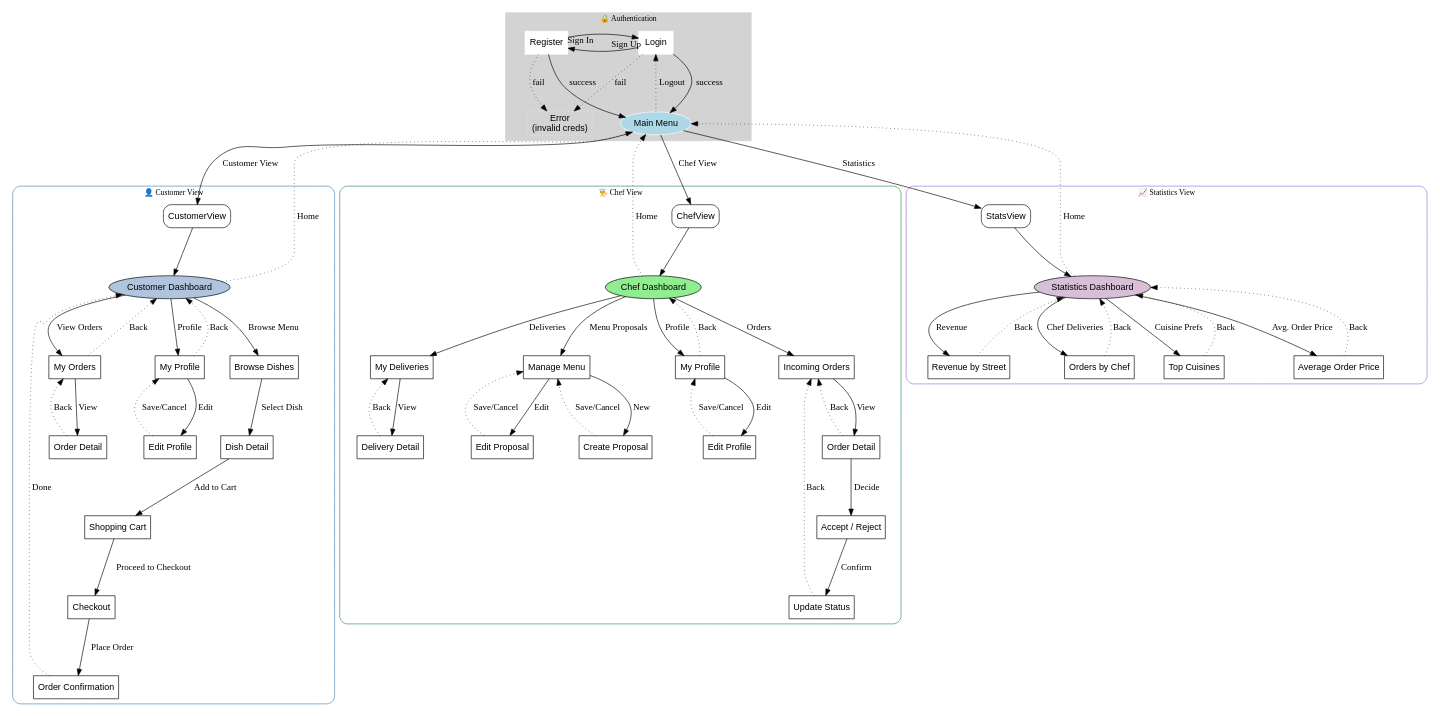
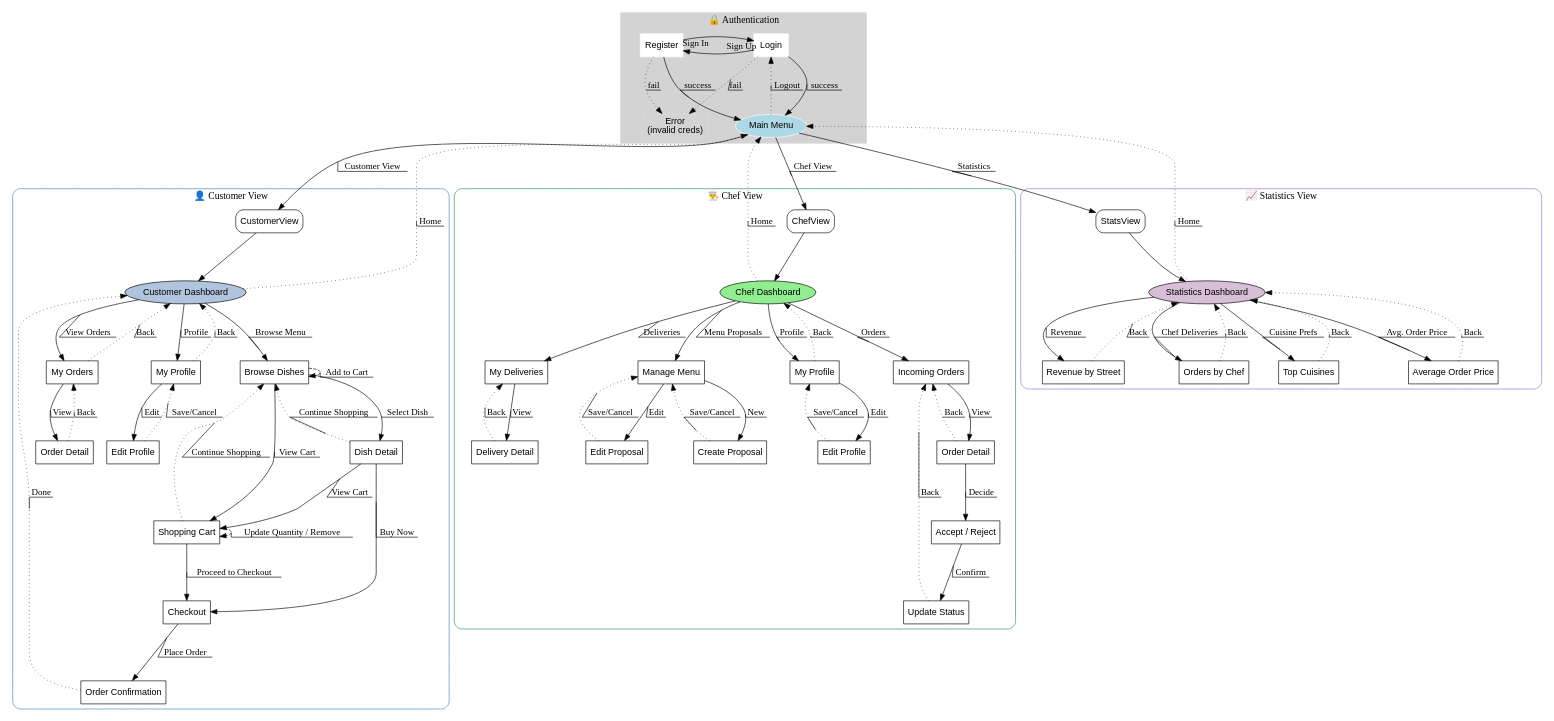
The diagram in docs/LivInParisFrontEndArchi.dot (aust-1/LivInParis), drawn with Graphviz before and after one commit.

Commit message:
⚡ archi frontend

```diff
--- a/docs/LivInParisFrontEndArchi.dot
+++ b/docs/LivInParisFrontEndArchi.dot
@@ -1,132 +1,149 @@
 digraph LivInParisFrontend {
-    graph [fontsize=12];
+    graph [fontsize=15];
     node [shape=box, style=rounded, fontname="Arial"];
-    edge [minlen=2];
- 
-    /* --- AUTHENTICATION CLUSTER --- */ 
-    subgraph cluster_auth { 
+    edge [minlen=2, decorate=true];
+
+    /* --- AUTHENTICATION CLUSTER --- */
+    subgraph cluster_auth {
         label="🔒 Authentication";
         style=filled;color=lightgrey;node [style=filled,color=white];
-        Login [label="Login"];
-        Register [label="Register"];
-        MainMenu [shape=ellipse, style=filled, fillcolor=lightblue, label="Main Menu"];
-        ErrorPage [label="Error\n(invalid creds)", style="dotted"];
-        Login -> MainMenu [label="success"];
-        Login -> ErrorPage [label="fail", style=dotted];
-        Login -> Register [taillabel="Sign Up", constraint=false, labeldistance=2];
-        Register -> MainMenu [label="success"];
-        Register -> ErrorPage [label="fail", style=dotted];
-        Register -> Login [taillabel="Sign In", constraint=false, labeldistance=2];
+        Login       [label="Login"];
+        Register    [label="Register"];
+        MainMenu    [shape=ellipse, style=filled, fillcolor=lightblue, label="Main Menu"];
+        ErrorPage   [label="Error\n(invalid creds)", style="dotted"];
+
+        Login -> MainMenu      [label="success"];
+        Login -> ErrorPage     [label="fail", style=dotted];
+        Login -> Register      [taillabel="Sign Up", constraint=false, labeldistance=2];
+        Register -> MainMenu   [label="success"];
+        Register -> ErrorPage  [label="fail", style=dotted];
+        Register -> Login      [taillabel="Sign In", constraint=false, labeldistance=2];
     }
- 
-    /* --- MAIN MENU --- */ 
-    MainMenu -> CustomerView [label="Customer View"];
-    MainMenu -> ChefView [label="Chef View"];
-    MainMenu -> StatsView [label="Statistics"];
-    MainMenu -> Login [label="Logout", style="dotted"];
- 
-    /* --- CUSTOMER VIEW CLUSTER --- */ 
-    subgraph cluster_customer { 
+
+    /* --- MAIN MENU --- */
+    MainMenu -> CustomerView    [label="Customer View"];
+    MainMenu -> ChefView        [label="Chef View"];
+    MainMenu -> StatsView       [label="Statistics"];
+    MainMenu -> Login           [label="Logout", style="dotted"];
+
+    /* --- CUSTOMER VIEW CLUSTER --- */
+    subgraph cluster_customer {
         label="👤 Customer View";
         style=rounded;color=steelblue;node [style=filled,fillcolor=white];
-    
-        CustomerDashboard [shape=ellipse, style=filled, fillcolor=lightsteelblue, label="Customer Dashboard"];
-        BrowseDishes [label="Browse Dishes"];
-        DishDetail [label="Dish Detail"];
-        Cart [label="Shopping Cart"];
-        Checkout [label="Checkout"];
-        OrderConfirmation [label="Order Confirmation"];
-        MyOrders [label="My Orders"];
-        OrderDetail_C [label="Order Detail"];
-        Profile_C [label="My Profile"];
-        EditProfile_C [label="Edit Profile"];
-    
-        /* navigation */ 
+
+        CustomerDashboard    [shape=ellipse, style=filled, fillcolor=lightsteelblue, label="Customer Dashboard"];
+        BrowseDishes         [label="Browse Dishes"];
+        DishDetail           [label="Dish Detail"];
+        Cart                 [label="Shopping Cart"];
+        Checkout             [label="Checkout"];
+        OrderConfirmation    [label="Order Confirmation"];
+        MyOrders             [label="My Orders"];
+        OrderDetail_C        [label="Order Detail"];
+        Profile_C            [label="My Profile"];
+        EditProfile_C        [label="Edit Profile"];
+
+        /* navigation */
         CustomerView -> CustomerDashboard;
-        CustomerDashboard -> BrowseDishes [label="Browse Menu"];
-        CustomerDashboard -> MyOrders [label="View Orders"];
-        CustomerDashboard -> Profile_C [label="Profile"];
-        BrowseDishes -> DishDetail [label="Select Dish"];
-        DishDetail -> Cart [label="Add to Cart"];
-        Cart -> Checkout [label="Proceed to Checkout"];
-        Checkout -> OrderConfirmation [label="Place Order"];
-        OrderConfirmation -> CustomerDashboard [label="Done", style=dotted];
-        MyOrders -> OrderDetail_C [label="View"];
-        OrderDetail_C -> MyOrders [label="Back", style=dotted];
-        Profile_C -> EditProfile_C [label="Edit"];
-        EditProfile_C -> Profile_C [label="Save/Cancel", style=dotted];
-        Profile_C -> CustomerDashboard [label="Back", style=dotted];
-        MyOrders -> CustomerDashboard [label="Back", style=dotted];
-        CustomerDashboard -> MainMenu [label="Home", style=dotted];
+        CustomerDashboard -> BrowseDishes    [label="Browse Menu"];
+        CustomerDashboard -> MyOrders        [label="View Orders"];
+        CustomerDashboard -> Profile_C       [label="Profile"];
+        DishDetail -> BrowseDishes          [label="Continue Shopping", style=dotted];
+        MyOrders -> CustomerDashboard       [label="Back", style=dotted];
+        Profile_C -> CustomerDashboard      [label="Back", style=dotted];
+
+        // Direct add to cart and checkout from the list
+        BrowseDishes -> BrowseDishes [label="Add to Cart", style=dashed];
+        BrowseDishes -> Cart [label="View Cart"];
+        Cart -> BrowseDishes                [label="Continue Shopping", style=dotted];
+
+        // Detail view: can pay or go back to list
+        DishDetail -> Checkout [label="Buy Now"];
+        BrowseDishes -> DishDetail          [label="Select Dish"];
+        DishDetail -> Cart          [label="View Cart"];
+
+        // Cart navigation
+        Cart -> Checkout                    [label="Proceed to Checkout"];
+        Cart -> Cart [label="Update Quantity / Remove", style=dashed];
+
+        MyOrders -> OrderDetail_C           [label="View"];
+        OrderDetail_C -> MyOrders           [label="Back", style=dotted];
+
+        Profile_C -> EditProfile_C          [label="Edit"];
+        EditProfile_C -> Profile_C          [label="Save/Cancel", style=dotted];
+
+        Checkout -> OrderConfirmation           [label="Place Order"];
+        OrderConfirmation -> CustomerDashboard  [label="Done", style=dotted];
+
+        CustomerDashboard -> MainMenu       [label="Home", style=dotted];
     }
- 
-    /* --- CHEF VIEW CLUSTER --- */ 
-    subgraph cluster_chef { 
+
+    /* --- CHEF VIEW CLUSTER --- */
+    subgraph cluster_chef {
         label="👨‍🍳 Chef View";
         style=rounded;color=seagreen;node [style=filled,fillcolor=white];
-    
-        ChefDashboard [shape=ellipse, style=filled, fillcolor=lightgreen, label="Chef Dashboard"];
-        ManageMenu [label="Manage Menu"];
-        CreateProposal [label="Create Proposal"];
-        EditProposal [label="Edit Proposal"];
-        IncomingOrders [label="Incoming Orders"];
-        OrderDetail_H [label="Order Detail"];
-        AcceptRejectOrder [label="Accept / Reject"];
-        UpdateStatus [label="Update Status"];
-        MyDeliveries [label="My Deliveries"];
-        DeliveryDetail [label="Delivery Detail"];
-        Profile_H [label="My Profile"];
-        EditProfile_H [label="Edit Profile"];
-    
-        /* navigation */ 
+
+        ChefDashboard       [shape=ellipse, style=filled, fillcolor=lightgreen, label="Chef Dashboard"];
+        ManageMenu          [label="Manage Menu"];
+        CreateProposal      [label="Create Proposal"];
+        EditProposal        [label="Edit Proposal"];
+        IncomingOrders      [label="Incoming Orders"];
+        OrderDetail_H       [label="Order Detail"];
+        AcceptRejectOrder   [label="Accept / Reject"];
+        UpdateStatus        [label="Update Status"];
+        MyDeliveries        [label="My Deliveries"];
+        DeliveryDetail      [label="Delivery Detail"];
+        Profile_H           [label="My Profile"];
+        EditProfile_H       [label="Edit Profile"];
+
+        /* navigation */
         ChefView -> ChefDashboard;
-        ChefDashboard -> ManageMenu [label="Menu Proposals"];
-        ManageMenu -> CreateProposal [label="New"];
-        ManageMenu -> EditProposal [label="Edit"];
-        CreateProposal -> ManageMenu [label="Save/Cancel", style=dotted];
-        EditProposal -> ManageMenu [label="Save/Cancel", style=dotted];
-    
-        ChefDashboard -> IncomingOrders [label="Orders"];
-        IncomingOrders -> OrderDetail_H [label="View"];
+        ChefDashboard -> ManageMenu        [label="Menu Proposals"];
+        ManageMenu -> CreateProposal       [label="New"];
+        ManageMenu -> EditProposal         [label="Edit"];
+        CreateProposal -> ManageMenu       [label="Save/Cancel", style=dotted];
+        EditProposal -> ManageMenu         [label="Save/Cancel", style=dotted];
+
+        ChefDashboard -> IncomingOrders    [label="Orders"];
+        IncomingOrders -> OrderDetail_H    [label="View"];
         OrderDetail_H -> AcceptRejectOrder [label="Decide"];
-        AcceptRejectOrder -> UpdateStatus [label="Confirm"];
-        UpdateStatus -> IncomingOrders [label="Back", style=dotted];
-        OrderDetail_H -> IncomingOrders [label="Back", style=dotted];
-    
-        ChefDashboard -> MyDeliveries [label="Deliveries"];
-        MyDeliveries -> DeliveryDetail [label="View"];
-        DeliveryDetail -> MyDeliveries [label="Back", style=dotted];
-    
-        ChefDashboard -> Profile_H [label="Profile"];
-        Profile_H -> EditProfile_H [label="Edit"];
-        EditProfile_H -> Profile_H [label="Save/Cancel", style=dotted];
-        Profile_H -> ChefDashboard [label="Back", style=dotted];
-    
-        ChefDashboard -> MainMenu [label="Home", style=dotted];
+        AcceptRejectOrder -> UpdateStatus  [label="Confirm"];
+        UpdateStatus -> IncomingOrders     [label="Back", style=dotted];
+        OrderDetail_H -> IncomingOrders    [label="Back", style=dotted];
+
+        ChefDashboard -> MyDeliveries      [label="Deliveries"];
+        MyDeliveries -> DeliveryDetail     [label="View"];
+        DeliveryDetail -> MyDeliveries     [label="Back", style=dotted];
+
+        ChefDashboard -> Profile_H         [label="Profile"];
+        Profile_H -> EditProfile_H         [label="Edit"];
+        EditProfile_H -> Profile_H         [label="Save/Cancel", style=dotted];
+        Profile_H -> ChefDashboard         [label="Back", style=dotted];
+
+        ChefDashboard -> MainMenu          [label="Home", style=dotted];
     }
- 
-    /* --- STATISTICS VIEW CLUSTER --- */ 
-    subgraph cluster_stats { 
+
+    /* --- STATISTICS VIEW CLUSTER --- */
+    subgraph cluster_stats {
         label="📈 Statistics View";
         style=rounded;color=mediumpurple;node [style=filled,fillcolor=white];
-    
-        StatsDashboard [shape=ellipse, style=filled, fillcolor=thistle, label="Statistics Dashboard"];
-        StatsOrdersByChef [label="Orders by Chef"];
-        StatsRevenue [label="Revenue by Street"];
-        StatsAverages [label="Average Order Price"];
-        StatsCuisine [label="Top Cuisines"];
-    
+
+        StatsDashboard     [shape=ellipse, style=filled, fillcolor=thistle, label="Statistics Dashboard"];
+        StatsOrdersByChef  [label="Orders by Chef"];
+        StatsRevenue       [label="Revenue by Street"];
+        StatsAverages      [label="Average Order Price"];
+        StatsCuisine       [label="Top Cuisines"];
+
         StatsView -> StatsDashboard;
-        StatsDashboard -> StatsOrdersByChef [label="Chef Deliveries"];
-        StatsDashboard -> StatsRevenue [label="Revenue"];
-        StatsDashboard -> StatsAverages [label="Avg. Order Price"];
-        StatsDashboard -> StatsCuisine [label="Cuisine Prefs"];
-    
-        StatsOrdersByChef -> StatsDashboard [label="Back", style=dotted];
-        StatsRevenue -> StatsDashboard [label="Back", style=dotted];
-        StatsAverages -> StatsDashboard [label="Back", style=dotted];
-        StatsCuisine -> StatsDashboard [label="Back", style=dotted];
-    
-        StatsDashboard -> MainMenu [label="Home", style=dotted];
+        StatsDashboard -> StatsOrdersByChef  [label="Chef Deliveries"];
+        StatsDashboard -> StatsRevenue       [label="Revenue"];
+        StatsDashboard -> StatsAverages      [label="Avg. Order Price"];
+        StatsDashboard -> StatsCuisine       [label="Cuisine Prefs"];
+
+        StatsOrdersByChef -> StatsDashboard  [label="Back", style=dotted];
+        StatsRevenue      -> StatsDashboard  [label="Back", style=dotted];
+        StatsAverages     -> StatsDashboard  [label="Back", style=dotted];
+        StatsCuisine      -> StatsDashboard  [label="Back", style=dotted];
+
+        StatsDashboard -> MainMenu           [label="Home", style=dotted];
     }
 }
```
